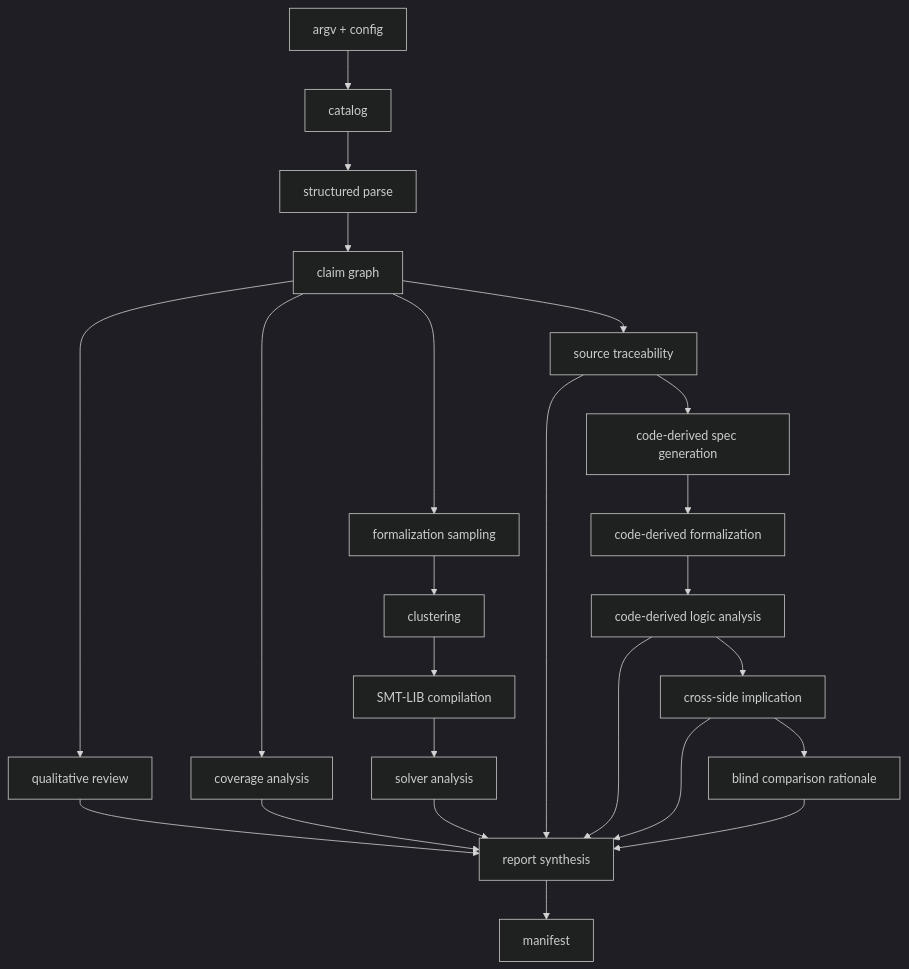
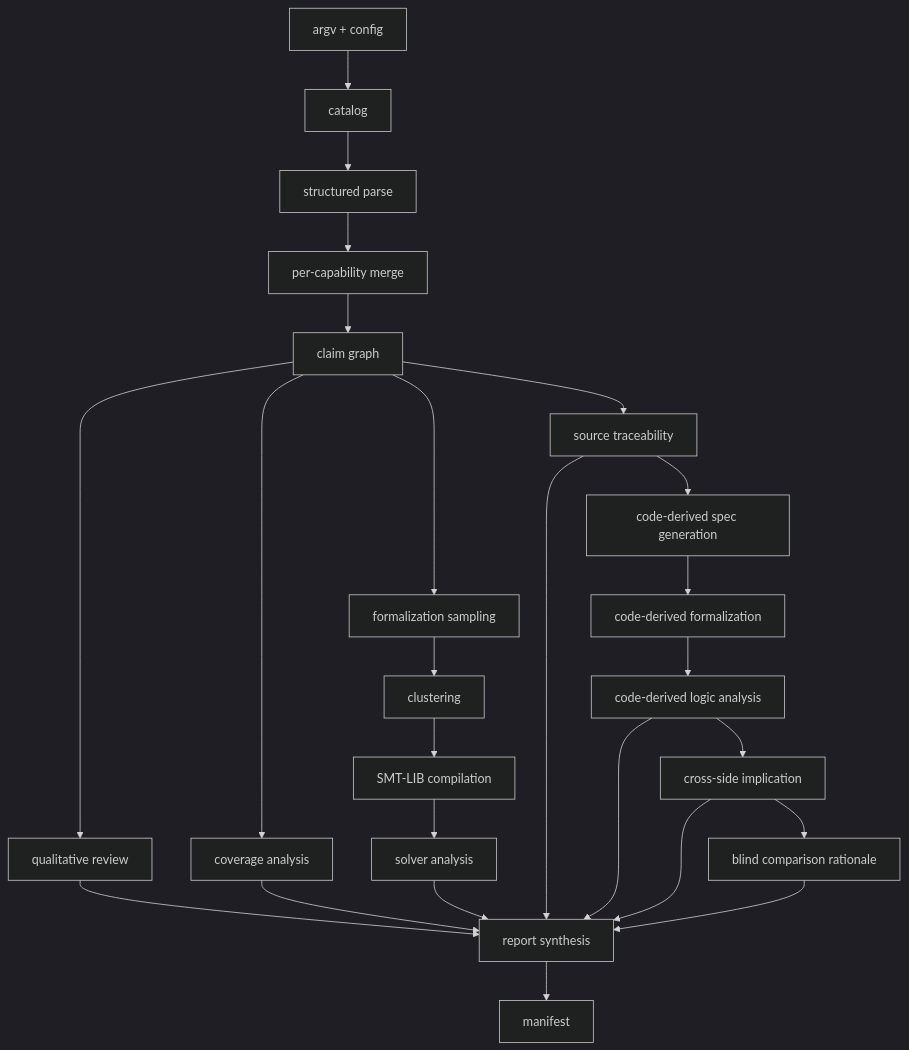
Before and after one commit to ohpauleez/spec-check: the second of 13 diagrams in docs/design.md, drawn with Mermaid (dark theme). The commit also changed other lines of this file and 48 other files, not shown here.

````diff
--- a/docs/design.md
+++ b/docs/design.md
@@ -249,26 +251,27 @@
 ```mermaid
 flowchart TD
     A[argv + config] --> B[catalog]
     B --> C[structured parse]
-    C --> D[claim graph]
+    C --> CM[per-capability merge]
+    CM --> D[claim graph]
     D --> E[qualitative review]
     D --> F[coverage analysis]
     D --> G[formalization sampling]
     G --> H[clustering]
     H --> I[SMT-LIB compilation]
     I --> J[solver analysis]
     D --> K[source traceability]
     K --> L[code-derived spec generation]
     L --> M[code-derived formalization]
     M --> N[code-derived logic analysis]
     N --> O[cross-side implication]
     O --> P[blind comparison rationale]
     E --> Q[report synthesis]
     F --> Q
     J --> Q
     K --> Q
     N --> Q
     O --> Q
     P --> Q
     Q --> R[manifest]
 ```
````
